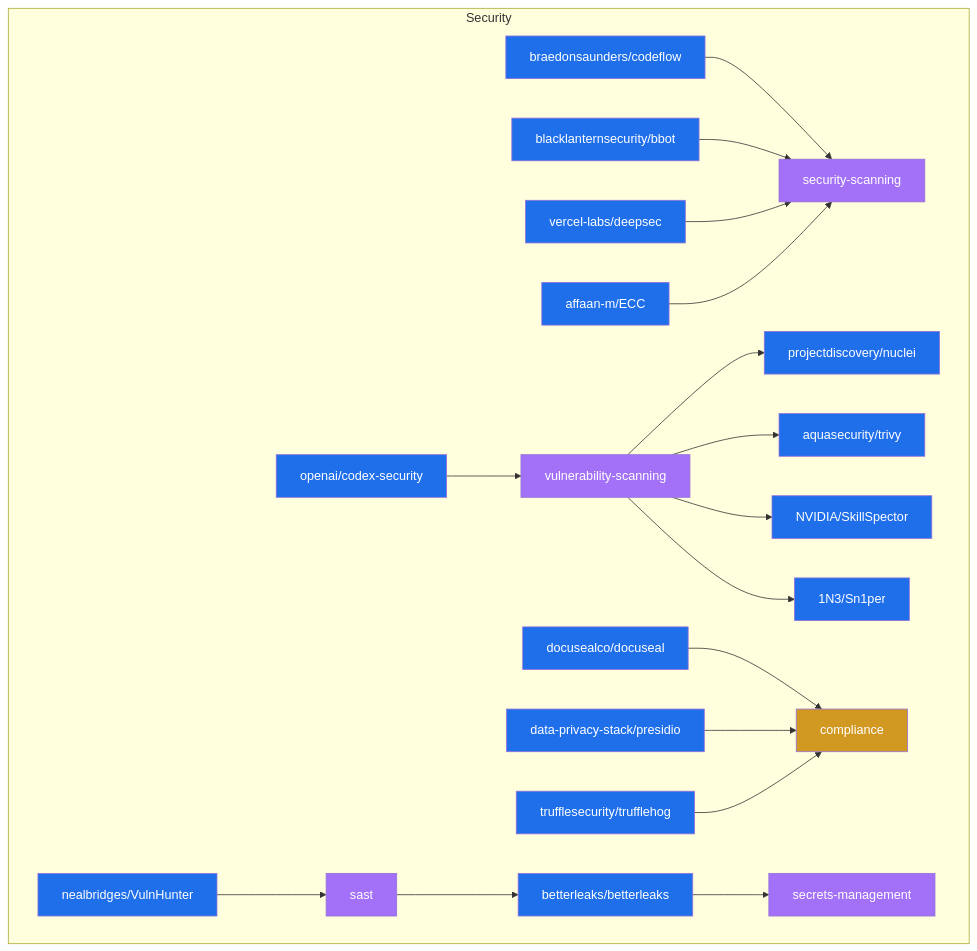
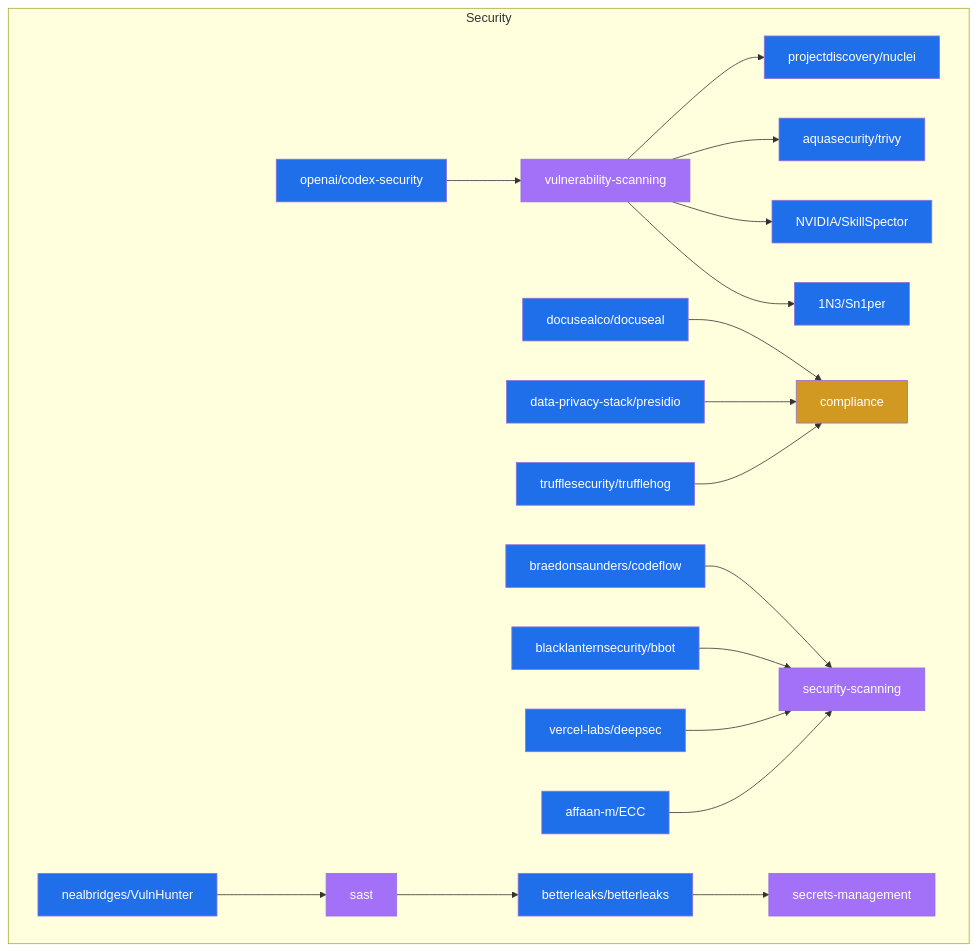
One commit to Meru143/star-graph changed the diagram in data/star_graph_security.mermaid. Above: the diagram before and after it, drawn with Mermaid. The commit also changed other lines of this file and 15 other files, not shown here.

Commit message:
chore: weekly star graph update 2026-10-26

```diff
--- a/data/star_graph_security.mermaid
+++ b/data/star_graph_security.mermaid
@@ -1,42 +1,42 @@
 graph TD
   subgraph security ["Security"]
-    security_scanning["security-scanning"]:::topic
-    nealbridges_VulnHunter["nealbridges/VulnHunter"]:::repo
-    projectdiscovery_nuclei["projectdiscovery/nuclei"]:::repo
     affaan_m_ECC["affaan-m/ECC"]:::repo
     vulnerability_scanning["vulnerability-scanning"]:::topic
+    data_privacy_stack_presidio["data-privacy-stack/presidio"]:::repo
+    braedonsaunders_codeflow["braedonsaunders/codeflow"]:::repo
+    blacklanternsecurity_bbot["blacklanternsecurity/bbot"]:::repo
+    NVIDIA_SkillSpector["NVIDIA/SkillSpector"]:::repo
+    aquasecurity_trivy["aquasecurity/trivy"]:::repo
+    1N3_Sn1per["1N3/Sn1per"]:::repo
+    betterleaks_betterleaks["betterleaks/betterleaks"]:::repo
     compliance["compliance"]:::use_case
-    betterleaks_betterleaks["betterleaks/betterleaks"]:::repo
-    1N3_Sn1per["1N3/Sn1per"]:::repo
+    vercel_labs_deepsec["vercel-labs/deepsec"]:::repo
+    trufflesecurity_trufflehog["trufflesecurity/trufflehog"]:::repo
+    docusealco_docuseal["docusealco/docuseal"]:::repo
+    secrets_management["secrets-management"]:::topic
+    security_scanning["security-scanning"]:::topic
+    projectdiscovery_nuclei["projectdiscovery/nuclei"]:::repo
+    nealbridges_VulnHunter["nealbridges/VulnHunter"]:::repo
+    sast["sast"]:::topic
     openai_codex_security["openai/codex-security"]:::repo
-    aquasecurity_trivy["aquasecurity/trivy"]:::repo
-    blacklanternsecurity_bbot["blacklanternsecurity/bbot"]:::repo
-    vercel_labs_deepsec["vercel-labs/deepsec"]:::repo
-    NVIDIA_SkillSpector["NVIDIA/SkillSpector"]:::repo
-    trufflesecurity_trufflehog["trufflesecurity/trufflehog"]:::repo
-    data_privacy_stack_presidio["data-privacy-stack/presidio"]:::repo
-    docusealco_docuseal["docusealco/docuseal"]:::repo
-    sast["sast"]:::topic
-    braedonsaunders_codeflow["braedonsaunders/codeflow"]:::repo
-    secrets_management["secrets-management"]:::topic
   end
   nealbridges_VulnHunter --> sast
   sast --> betterleaks_betterleaks
   openai_codex_security --> vulnerability_scanning
   vulnerability_scanning --> projectdiscovery_nuclei
   vulnerability_scanning --> aquasecurity_trivy
   vulnerability_scanning --> NVIDIA_SkillSpector
   vulnerability_scanning --> 1N3_Sn1per
   docusealco_docuseal --> compliance
   data_privacy_stack_presidio --> compliance
   braedonsaunders_codeflow --> security_scanning
   trufflesecurity_trufflehog --> compliance
   betterleaks_betterleaks --> secrets_management
   blacklanternsecurity_bbot --> security_scanning
   vercel_labs_deepsec --> security_scanning
   affaan_m_ECC --> security_scanning
   classDef repo fill:#1f6feb,color:#fff;
   classDef topic fill:#a371f7,color:#fff;
   classDef technology fill:#3fb950,color:#fff;
   classDef use_case fill:#d29922,color:#fff;
   classDef architecture fill:#f85149,color:#fff;
```
